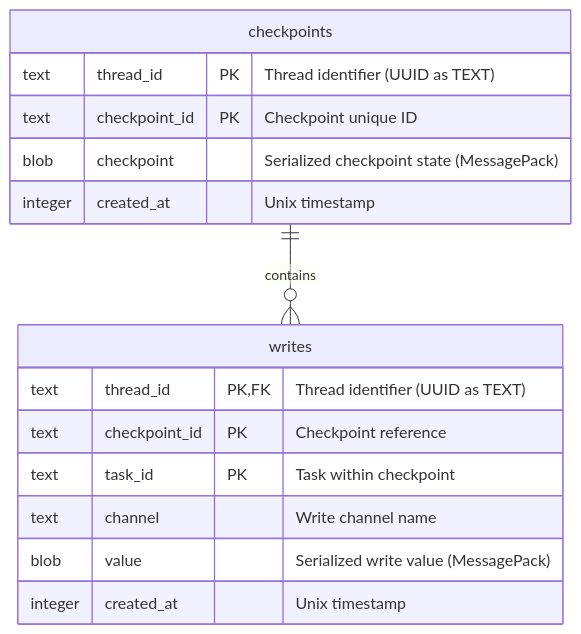
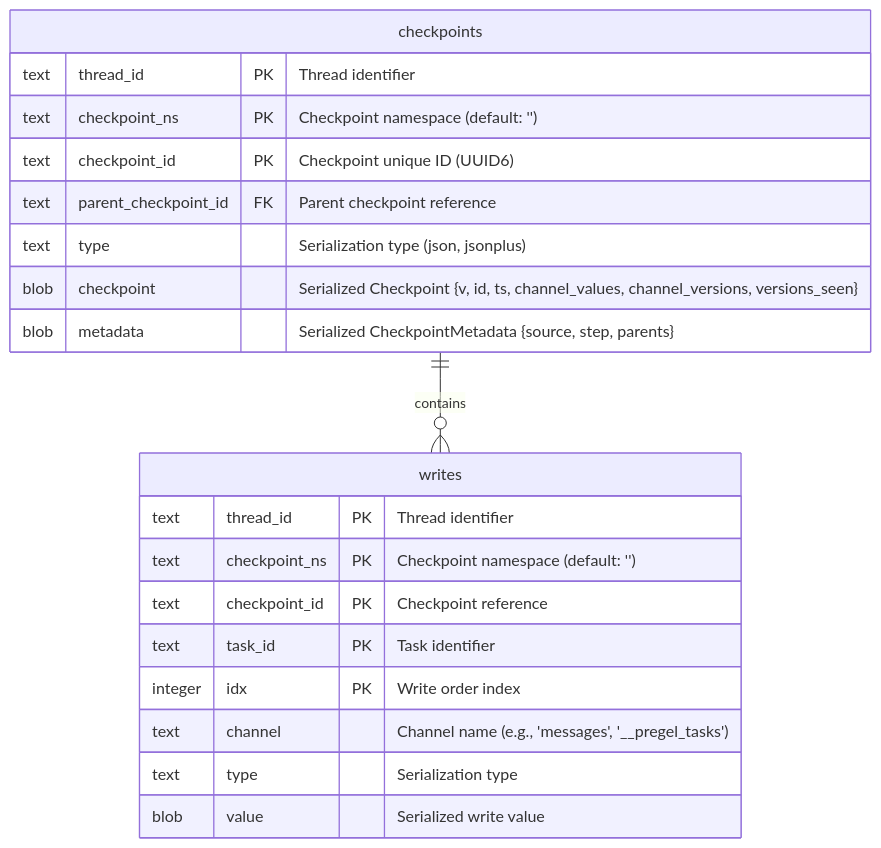
The first of 5 diagrams in TechSpec.md (openkraken-ai/openkraken), drawn with Mermaid before and after one commit. The commit also changed other lines of this file, not shown here.

````diff
--- a/TechSpec.md
+++ b/TechSpec.md
@@ -148,20 +148,25 @@
 ```mermaid
 erDiagram
     checkpoints {
-        text thread_id PK "Thread identifier (UUID as TEXT)"
-        text checkpoint_id PK "Checkpoint unique ID"
-        blob checkpoint "Serialized checkpoint state (MessagePack)"
-        integer created_at "Unix timestamp"
+        text thread_id PK "Thread identifier"
+        text checkpoint_ns PK "Checkpoint namespace (default: '')"
+        text checkpoint_id PK "Checkpoint unique ID (UUID6)"
+        text parent_checkpoint_id FK "Parent checkpoint reference"
+        text type "Serialization type (json, jsonplus)"
+        blob checkpoint "Serialized Checkpoint {v, id, ts, channel_values, channel_versions, versions_seen}"
+        blob metadata "Serialized CheckpointMetadata {source, step, parents}"
     }
     
     writes {
-        text thread_id PK, FK "Thread identifier (UUID as TEXT)"
+        text thread_id PK "Thread identifier"
+        text checkpoint_ns PK "Checkpoint namespace (default: '')"
         text checkpoint_id PK "Checkpoint reference"
-        text task_id PK "Task within checkpoint"
-        text channel "Write channel name"
-        blob value "Serialized write value (MessagePack)"
-        integer created_at "Unix timestamp"
+        text task_id PK "Task identifier"
+        integer idx PK "Write order index"
+        text channel "Channel name (e.g., 'messages', '__pregel_tasks')"
+        text type "Serialization type"
+        blob value "Serialized write value"
     }
     
     checkpoints ||--o{ writes : "contains"
 ```
````
